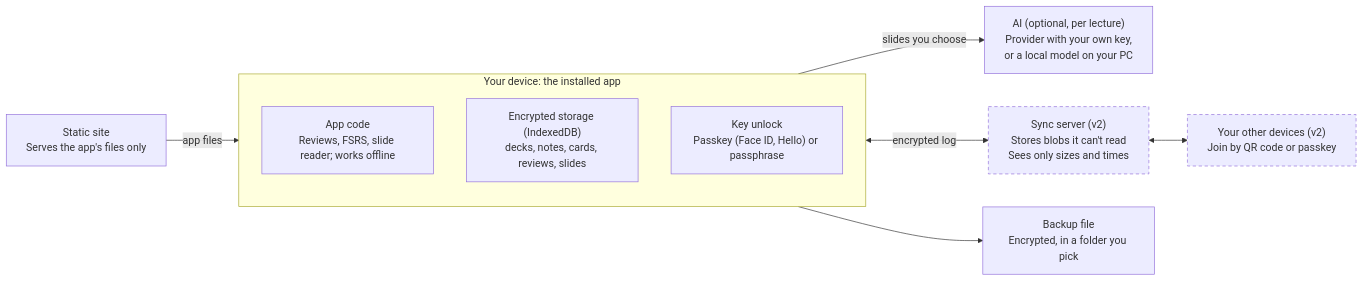
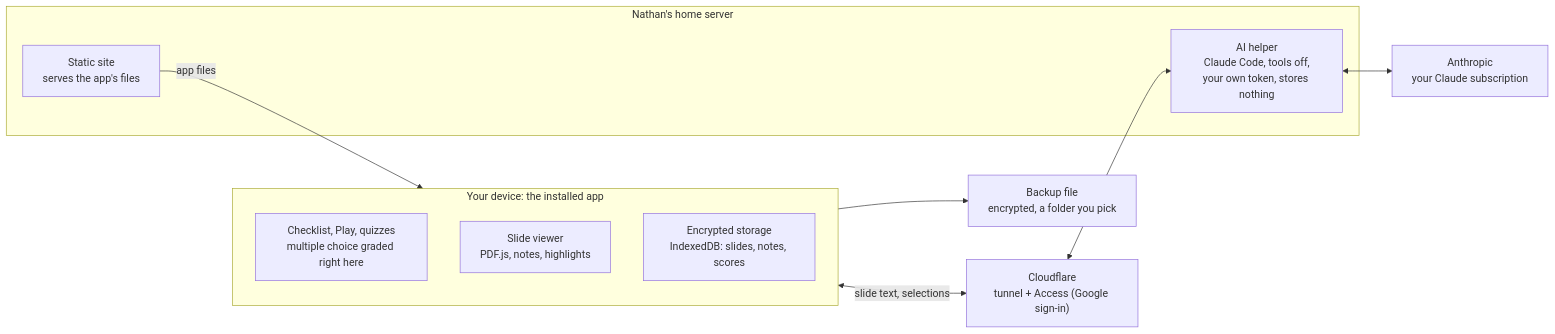
Before and after one commit to EassunKim/AW-Study: the second of 2 diagrams in docs/DESIGN.md, drawn with Mermaid. The commit also changed other lines of this file and 4 other files, not shown here.

First line of the commit message:
Redesign: lectures, slides and AI quizzes (design, rules, progress)

````diff
--- a/docs/DESIGN.md
+++ b/docs/DESIGN.md
@@ -191,20 +222,20 @@
 ```mermaid
 flowchart LR
     subgraph device["Your device: the installed app"]
-        app["App code<br/>Reviews, FSRS, slide reader; works offline"]
-        storage["Encrypted storage (IndexedDB)<br/>decks, notes, cards, reviews, slides"]
-        key["Key unlock<br/>Passkey (Face ID, Hello) or passphrase"]
+        checklist["Checklist, Play, quizzes<br/>multiple choice graded right here"]
+        viewer["Slide viewer<br/>PDF.js, notes, highlights"]
+        storage["Encrypted storage<br/>IndexedDB: slides, notes, scores"]
     end
-    site["Static site<br/>Serves the app's files only"]
-    ai["AI (optional, per lecture)<br/>Provider with your own key,<br/>or a local model on your PC"]
-    sync["Sync server (v2)<br/>Stores blobs it can't read<br/>Sees only sizes and times"]
-    other["Your other devices (v2)<br/>Join by QR code or passkey"]
-    backup["Backup file<br/>Encrypted, in a folder you pick"]
+    cf["Cloudflare<br/>tunnel + Access (Google sign-in)"]
+    subgraph server["Nathan's home server"]
+        site["Static site<br/>serves the app's files"]
+        helper["AI helper<br/>Claude Code, tools off,<br/>your own token, stores nothing"]
+    end
+    anthropic["Anthropic<br/>your Claude subscription"]
+    backup["Backup file<br/>encrypted, a folder you pick"]
     site -->|"app files"| device
-    device -->|"slides you choose"| ai
-    device <-->|"encrypted log"| sync
-    sync <--> other
+    device <-->|"slide text, selections"| cf
+    cf <--> helper
+    helper <--> anthropic
     device --> backup
-    classDef v2 stroke-dasharray: 5 4
-    class sync,other v2
 ```
````
